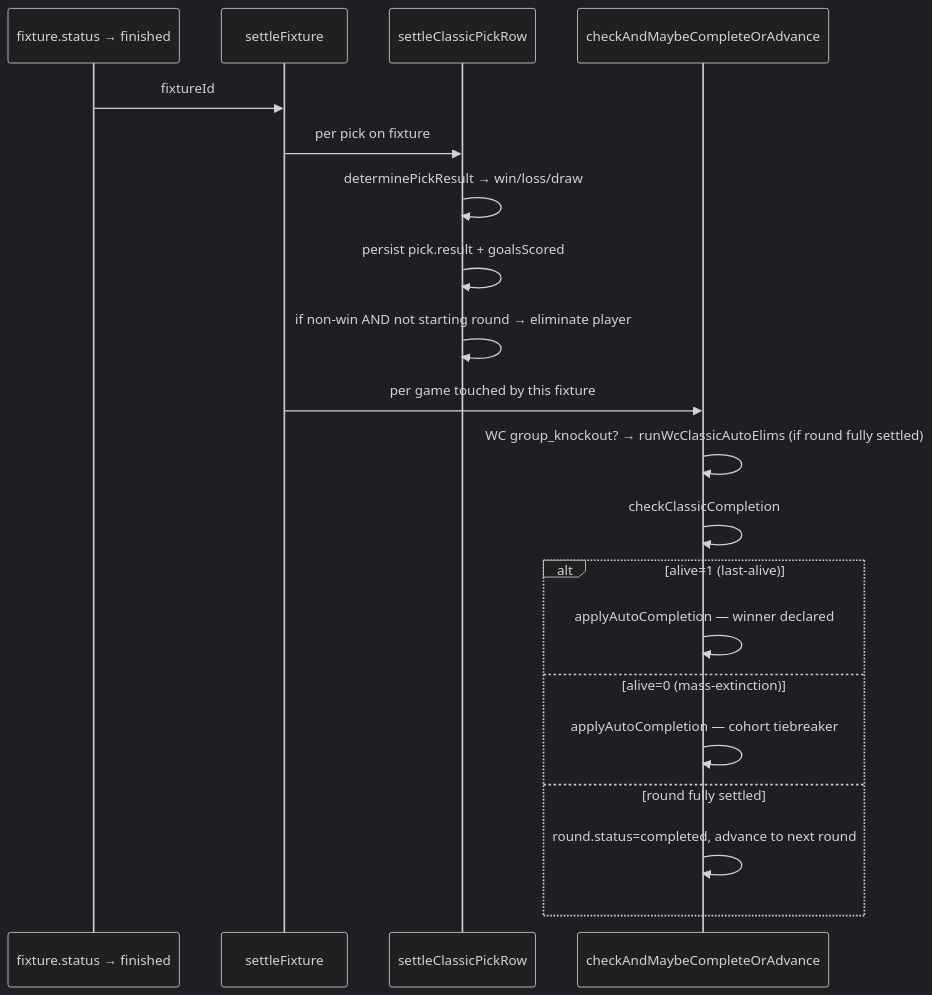
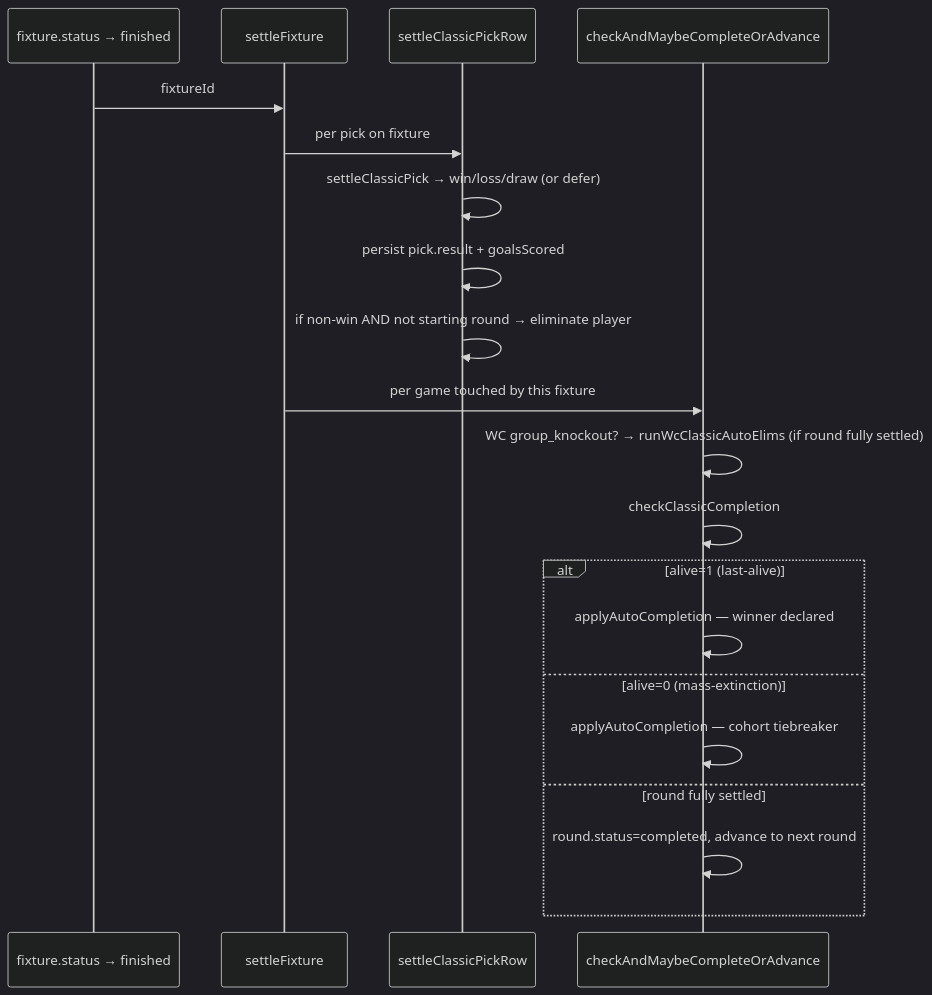
One commit to lennons301/last-person-standing changed the first of 2 diagrams in docs/game-modes/classic.md. Above: the diagram before and after it, drawn with Mermaid (dark theme). The commit also changed other lines of this file and 2 other files, not shown here.

First line of the commit message:
Document the one classic survival rule

````diff
--- a/docs/game-modes/classic.md
+++ b/docs/game-modes/classic.md
@@ -28,23 +28,23 @@
 ```mermaid
 sequenceDiagram
     participant Trigger as fixture.status → finished
     participant Settle as settleFixture
     participant Settle1 as settleClassicPickRow
     participant Complete as checkAndMaybeCompleteOrAdvance
 
     Trigger->>Settle: fixtureId
     Settle->>Settle1: per pick on fixture
-    Settle1->>Settle1: determinePickResult → win/loss/draw
+    Settle1->>Settle1: settleClassicPick → win/loss/draw (or defer)
     Settle1->>Settle1: persist pick.result + goalsScored
     Settle1->>Settle1: if non-win AND not starting round → eliminate player
     Settle->>Complete: per game touched by this fixture
     Complete->>Complete: WC group_knockout? → runWcClassicAutoElims (if round fully settled)
     Complete->>Complete: checkClassicCompletion
     alt alive=1 (last-alive)
         Complete->>Complete: applyAutoCompletion — winner declared
     else alive=0 (mass-extinction)
         Complete->>Complete: applyAutoCompletion — cohort tiebreaker
     else round fully settled
         Complete->>Complete: round.status=completed, advance to next round
     end
 ```
````
